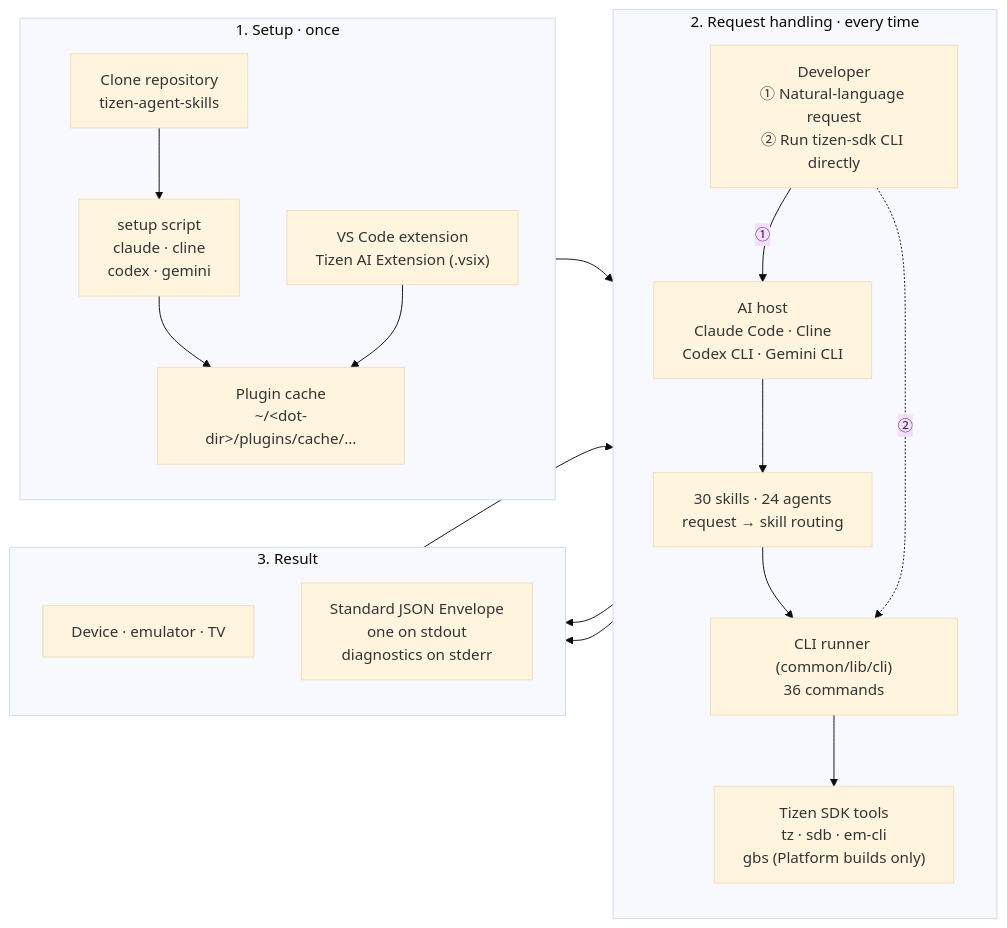
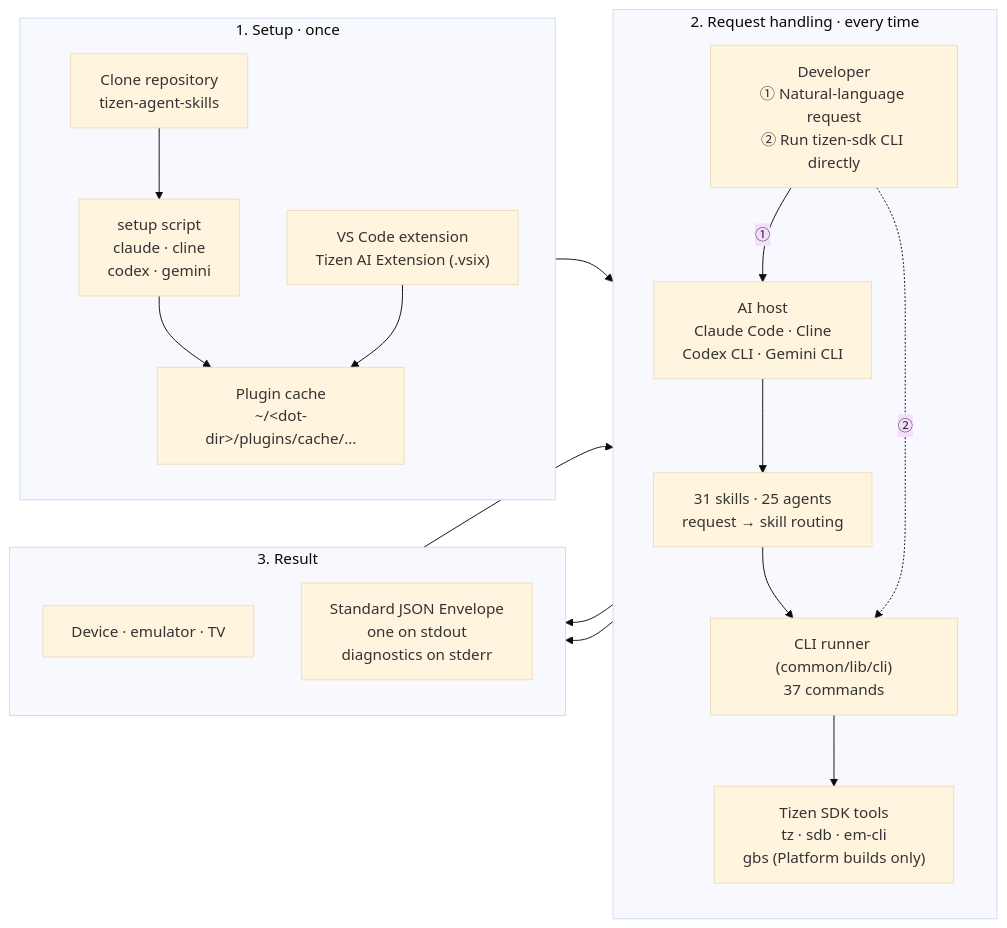
Before and after one commit to Samsung/tizen-agent-skills: the first of 2 diagrams in tizen-sdk-skills/quick-guide.md, drawn with Mermaid (base theme). The commit also changed other lines of this file and 35 other files, not shown here.

First line of the commit message:
feat: add tizen-ecp skill for Emulator Control Panel commands

````diff
--- a/tizen-sdk-skills/quick-guide.md
+++ b/tizen-sdk-skills/quick-guide.md
@@ -11,33 +11,33 @@
 ```mermaid
 flowchart LR
     subgraph S1["1. Setup · once"]
         direction TB
         Clone["Clone repository<br/>tizen-agent-skills"] --> Setup["setup script<br/>claude · cline<br/>codex · gemini"]
         VSIX["VS Code extension<br/>Tizen AI Extension (.vsix)"]
         Setup --> Cache["Plugin cache<br/>~/&lt;dot-dir&gt;/plugins/cache/..."]
         VSIX --> Cache
     end
 
     subgraph S2["2. Request handling · every time"]
         direction TB
         Dev["Developer<br/>① Natural-language request<br/>② Run tizen-sdk CLI directly"]
         Host["AI host<br/>Claude Code · Cline<br/>Codex CLI · Gemini CLI"]
-        Skill["30 skills · 24 agents<br/>request → skill routing"]
-        Runner["CLI runner (common/lib/cli)<br/>36 commands"]
+        Skill["31 skills · 25 agents<br/>request → skill routing"]
+        Runner["CLI runner (common/lib/cli)<br/>37 commands"]
         Tools["Tizen SDK tools<br/>tz · sdb · em-cli<br/>gbs (Platform builds only)"]
         Dev -->|①| Host --> Skill --> Runner
         Dev -.->|②| Runner
         Runner --> Tools
     end
 
     subgraph S3["3. Result"]
         direction TB
         Target["Device · emulator · TV"]
         Env["Standard JSON Envelope<br/>one on stdout<br/>diagnostics on stderr"]
     end
 
     Cache --> Skill
     Tools --> Target
     Runner --> Env
     Env --> Host
 ```
````
